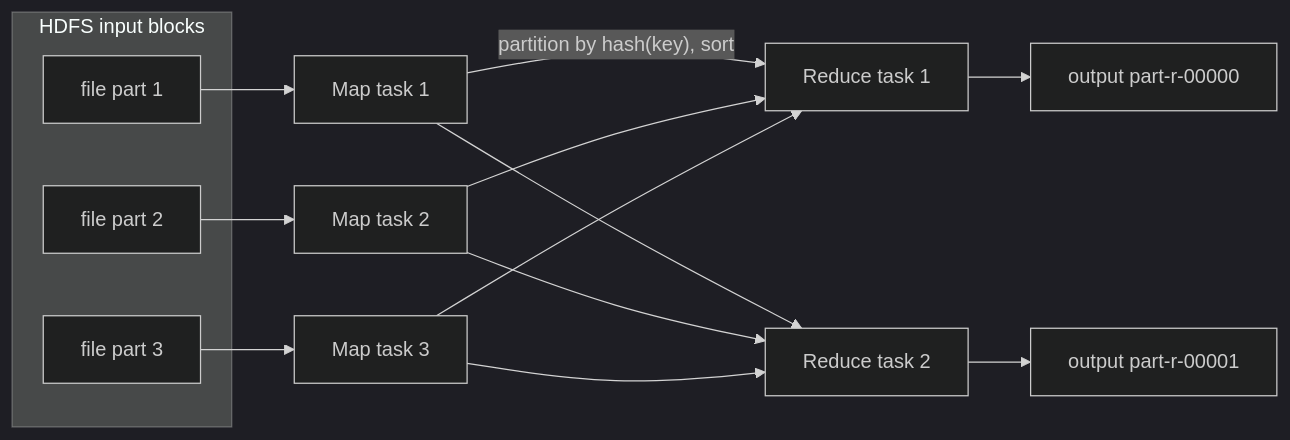
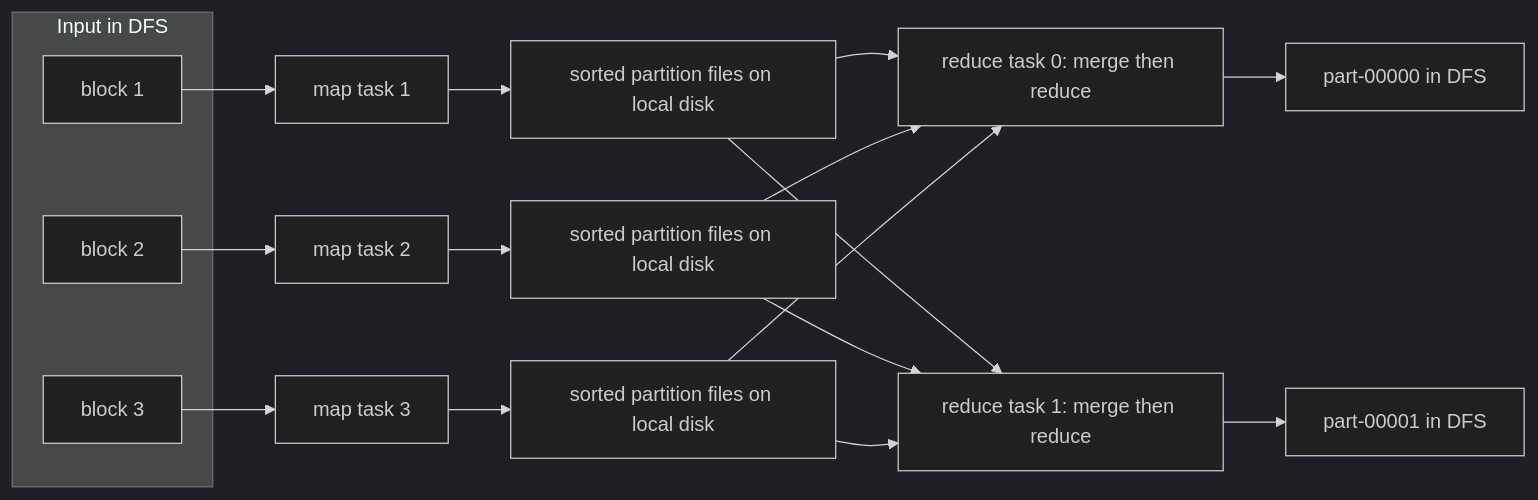
One commit to alvinnew100/grand-line-study-guide changed the second of 2 diagrams in src/databases/lessons/24-unix-mapreduce.md. Above: the diagram before and after it, drawn with Mermaid (dark theme). The commit also changed other lines of this file and 21 other files, not shown here.

````diff
--- a/src/databases/lessons/24-unix-mapreduce.md
+++ b/src/databases/lessons/24-unix-mapreduce.md
@@ -102,19 +187,22 @@
 ```mermaid
 flowchart LR
-  subgraph Input[HDFS input blocks]
-    I1[file part 1]
-    I2[file part 2]
-    I3[file part 3]
+  subgraph Input in DFS
+    B1[block 1]
+    B2[block 2]
+    B3[block 3]
   end
-  I1 --> M1[Map task 1]
-  I2 --> M2[Map task 2]
-  I3 --> M3[Map task 3]
-  M1 -->|"partition by hash(key), sort"| R1[Reduce task 1]
-  M1 --> R2[Reduce task 2]
-  M2 --> R1
-  M2 --> R2
-  M3 --> R1
-  M3 --> R2
-  R1 --> O1[output part-r-00000]
-  R2 --> O2[output part-r-00001]
+  B1 --> M1[map task 1]
+  B2 --> M2[map task 2]
+  B3 --> M3[map task 3]
+  M1 --> S1[sorted partition files on local disk]
+  M2 --> S2[sorted partition files on local disk]
+  M3 --> S3[sorted partition files on local disk]
+  S1 --> R1[reduce task 0: merge then reduce]
+  S2 --> R1
+  S3 --> R1
+  S1 --> R2[reduce task 1: merge then reduce]
+  S2 --> R2
+  S3 --> R2
+  R1 --> O1[part-00000 in DFS]
+  R2 --> O2[part-00001 in DFS]
 ```
````
